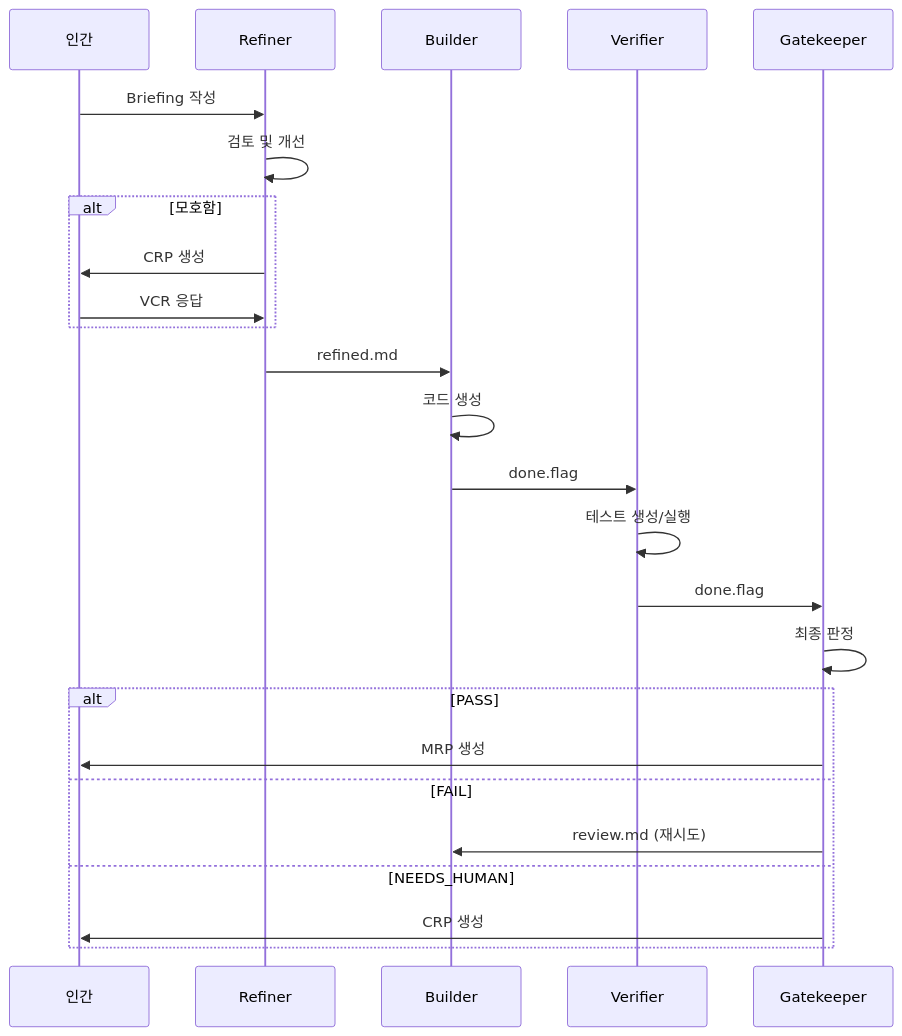
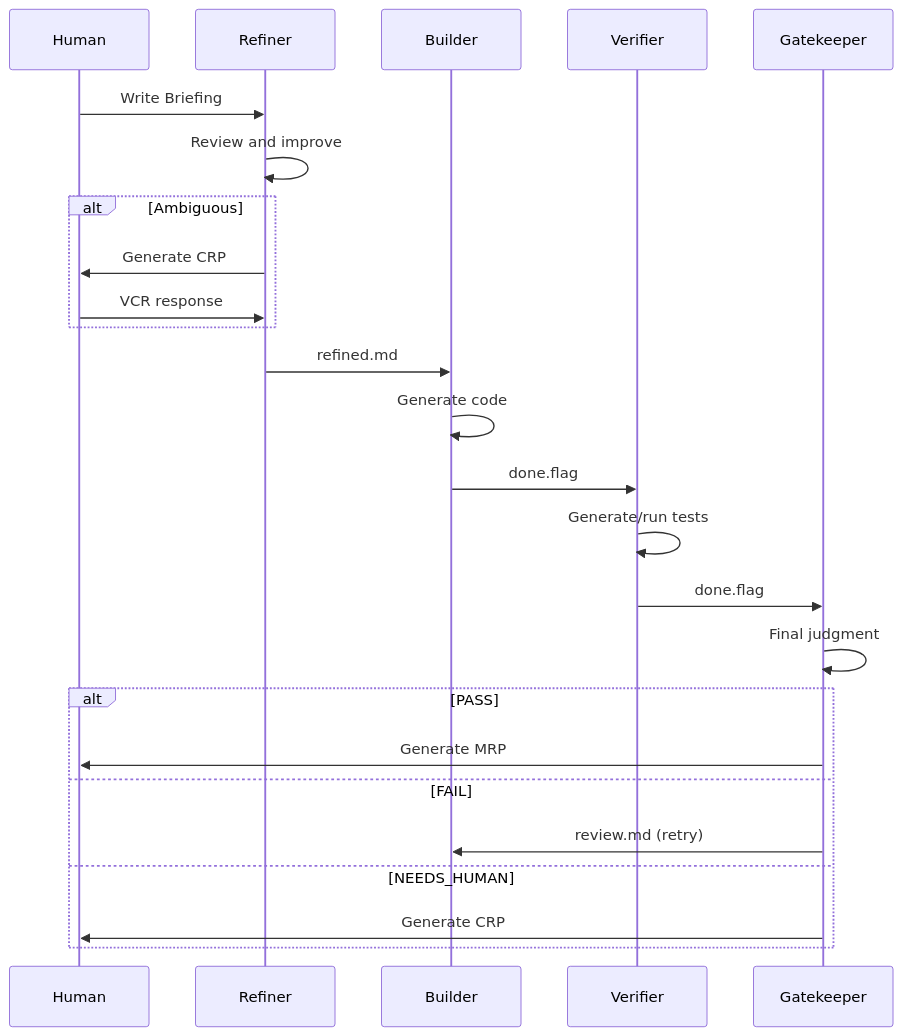
Before and after one commit to choo121600/dure: the first of 2 diagrams in docs/guide/understanding-agents.md, drawn with Mermaid. The commit also changed other lines of this file and 38 other files, not shown here.

````diff
--- a/docs/guide/understanding-agents.md
+++ b/docs/guide/understanding-agents.md
@@ -7,28 +7,28 @@
 ```mermaid
 sequenceDiagram
-    participant H as 인간
+    participant H as Human
     participant R as Refiner
     participant B as Builder
     participant V as Verifier
     participant G as Gatekeeper
 
-    H->>R: Briefing 작성
-    R->>R: 검토 및 개선
-    alt 모호함
-        R->>H: CRP 생성
-        H->>R: VCR 응답
+    H->>R: Write Briefing
+    R->>R: Review and improve
+    alt Ambiguous
+        R->>H: Generate CRP
+        H->>R: VCR response
     end
     R->>B: refined.md
-    B->>B: 코드 생성
+    B->>B: Generate code
     B->>V: done.flag
-    V->>V: 테스트 생성/실행
+    V->>V: Generate/run tests
     V->>G: done.flag
-    G->>G: 최종 판정
+    G->>G: Final judgment
     alt PASS
-        G->>H: MRP 생성
+        G->>H: Generate MRP
     else FAIL
-        G->>B: review.md (재시도)
+        G->>B: review.md (retry)
     else NEEDS_HUMAN
-        G->>H: CRP 생성
+        G->>H: Generate CRP
     end
 ```
````
